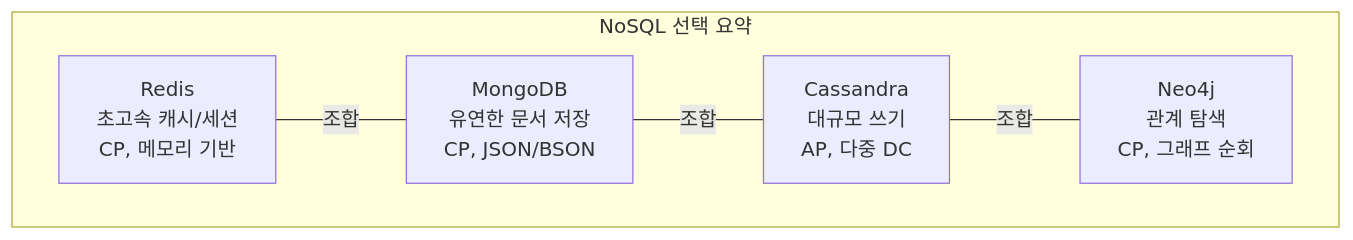
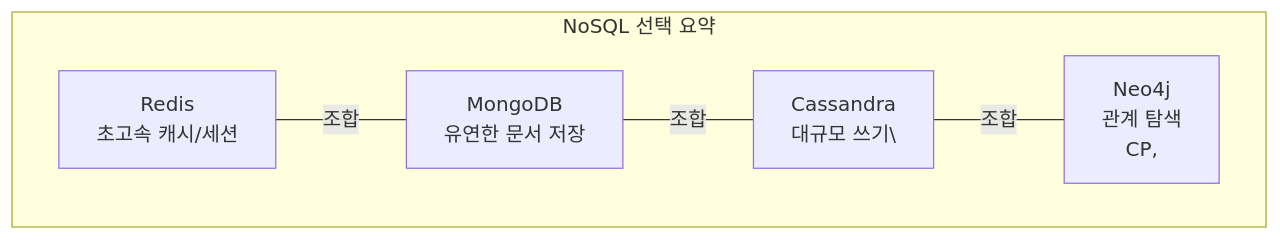
One commit to yjkim2015/yjkim2015.github.io changed the seventh of 7 diagrams in _posts/nosql/2026-05-03-nosql-comparison.md. Above: the diagram before and after it, drawn with Mermaid. The commit also changed other lines of this file and 271 other files, not shown here.

First line of the commit message:
Mermaid 라벨 축소: 긴 노드 텍스트 18자 이하로 트림 + \n 제거

````diff
--- a/_posts/nosql/2026-05-03-nosql-comparison.md
+++ b/_posts/nosql/2026-05-03-nosql-comparison.md
@@ -414,12 +414,12 @@
 ```mermaid
 graph TB
     subgraph "NoSQL 선택 요약"
-        R["Redis\n초고속 캐시/세션\nCP, 메모리 기반"]
-        M["MongoDB\n유연한 문서 저장\nCP, JSON/BSON"]
-        C["Cassandra\n대규모 쓰기\nAP, 다중 DC"]
-        N["Neo4j\n관계 탐색\nCP, 그래프 순회"]
+        R["Redis\n초고속 캐시/세션\n"]
+        M["MongoDB\n유연한 문서 저장"]
+        C["Cassandra\n대규모 쓰기\"]
+        N["Neo4j\n관계 탐색\nCP,"]
     end
     R --- |"조합"| M
     M --- |"조합"| C
     C --- |"조합"| N
 ```
````
